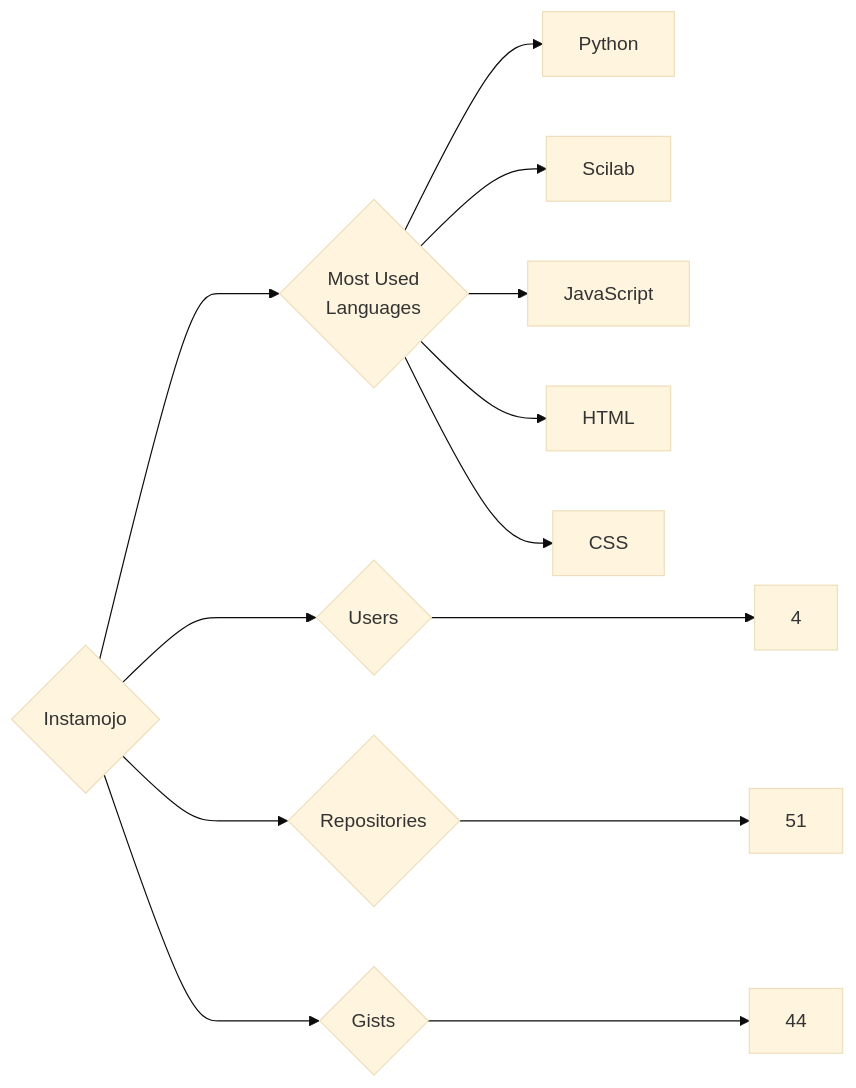
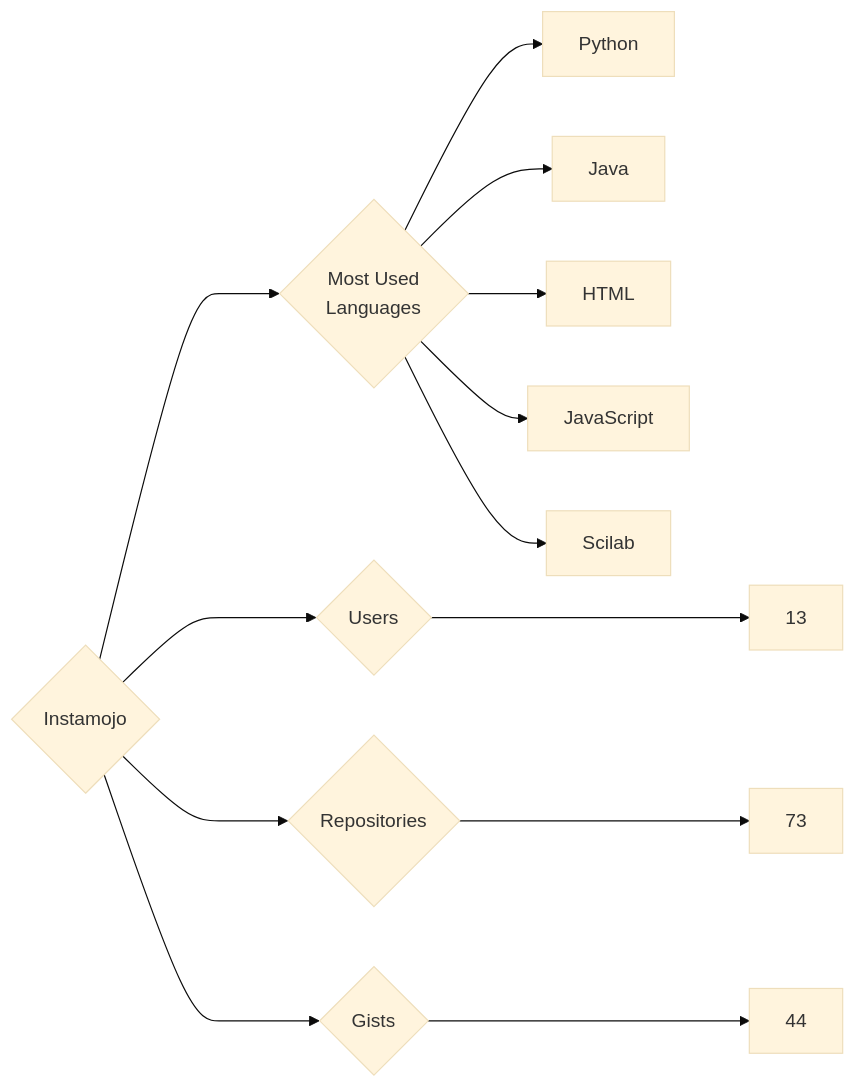
The diagram in targets/Instamojo/README.md (trickest/insiders), drawn with Mermaid (base theme) before and after one commit. The commit also changed 874 other files, not shown here.

````diff
--- a/targets/Instamojo/README.md
+++ b/targets/Instamojo/README.md
@@ -3,13 +3,13 @@
 ```mermaid
 graph LR
 COMPANY_NAME{Instamojo}
-COMPANY_NAME ---> U{Users} ---> UN[4]
-COMPANY_NAME ---> R{Repositories} ---> RN[51]
+COMPANY_NAME ---> U{Users} ---> UN[13]
+COMPANY_NAME ---> R{Repositories} ---> RN[73]
 COMPANY_NAME ---> G{Gists} ---> GN[44]
 COMPANY_NAME ---> ML{Most Used<br>Languages}
 ML --> Python[Python]
+ML --> Java[Java]
+ML --> HTML[HTML]
+ML --> JavaScript[JavaScript]
 ML --> Scilab[Scilab]
-ML --> JavaScript[JavaScript]
-ML --> HTML[HTML]
-ML --> CSS[CSS]
 ```
````
